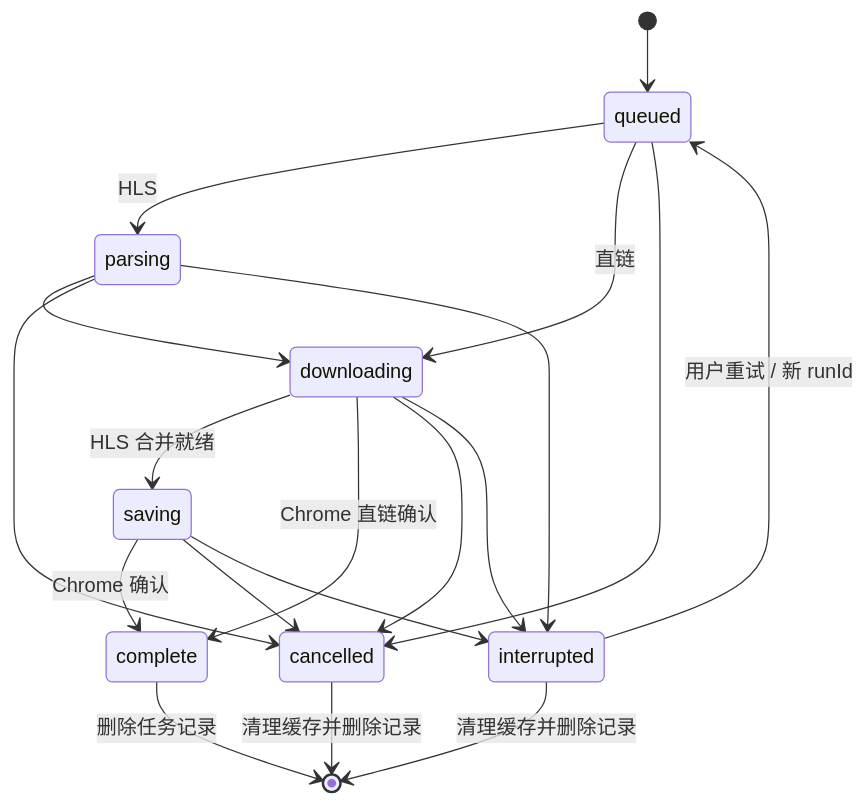
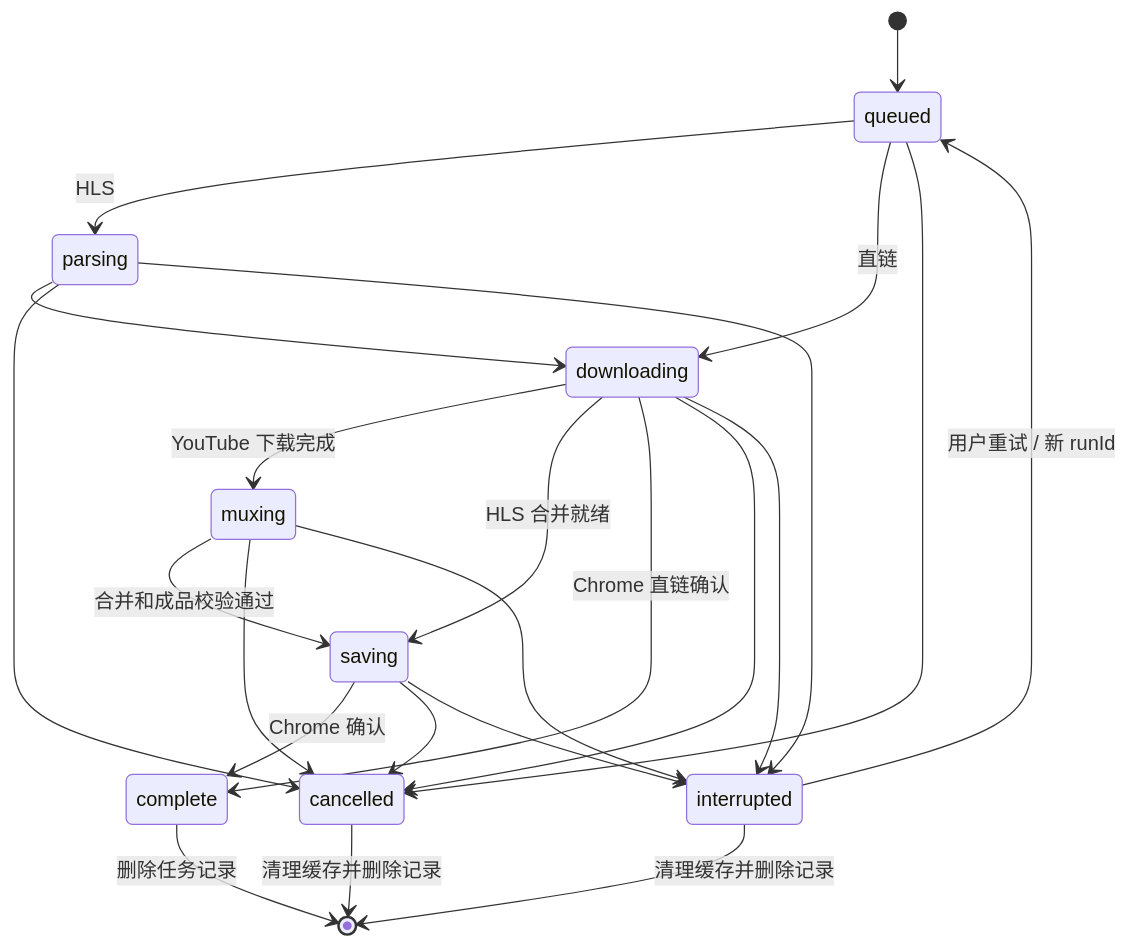
One commit to zjj1280637679-ship-it/neko-video-downloader changed the second of 2 diagrams in docs/ARCHITECTURE.md. Above: the diagram before and after it, drawn with Mermaid. The commit also changed other lines of this file and 39 other files, not shown here.

````diff
--- a/docs/ARCHITECTURE.md
+++ b/docs/ARCHITECTURE.md
@@ -78,21 +96,25 @@
 ```mermaid
 stateDiagram-v2
   [*] --> queued
   queued --> parsing: HLS
   queued --> downloading: 直链
   parsing --> downloading
+  downloading --> muxing: YouTube 下载完成
+  muxing --> saving: 合并和成品校验通过
   downloading --> saving: HLS 合并就绪
   saving --> complete: Chrome 确认
   downloading --> complete: Chrome 直链确认
   queued --> cancelled
   parsing --> cancelled
   downloading --> cancelled
+  muxing --> cancelled
   saving --> cancelled
   parsing --> interrupted
   downloading --> interrupted
+  muxing --> interrupted
   saving --> interrupted
   interrupted --> queued: 用户重试 / 新 runId
   complete --> [*]: 删除任务记录
   interrupted --> [*]: 清理缓存并删除记录
   cancelled --> [*]: 清理缓存并删除记录
 ```
````
